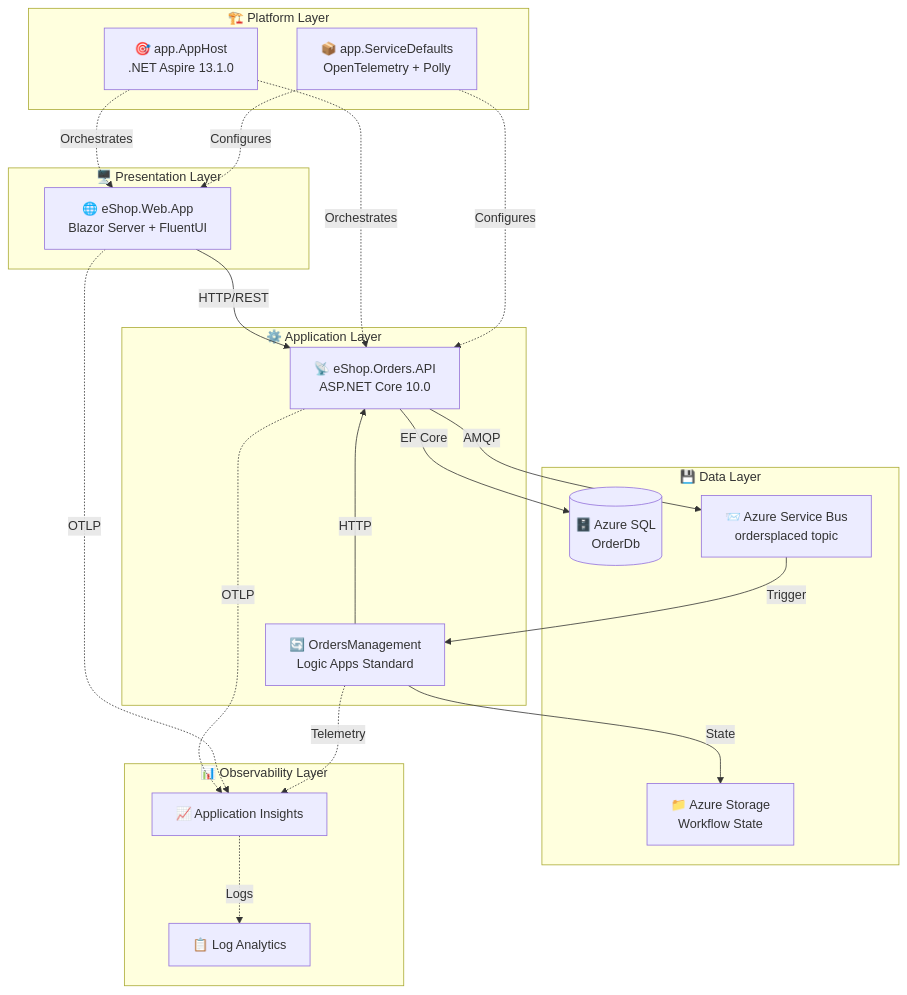
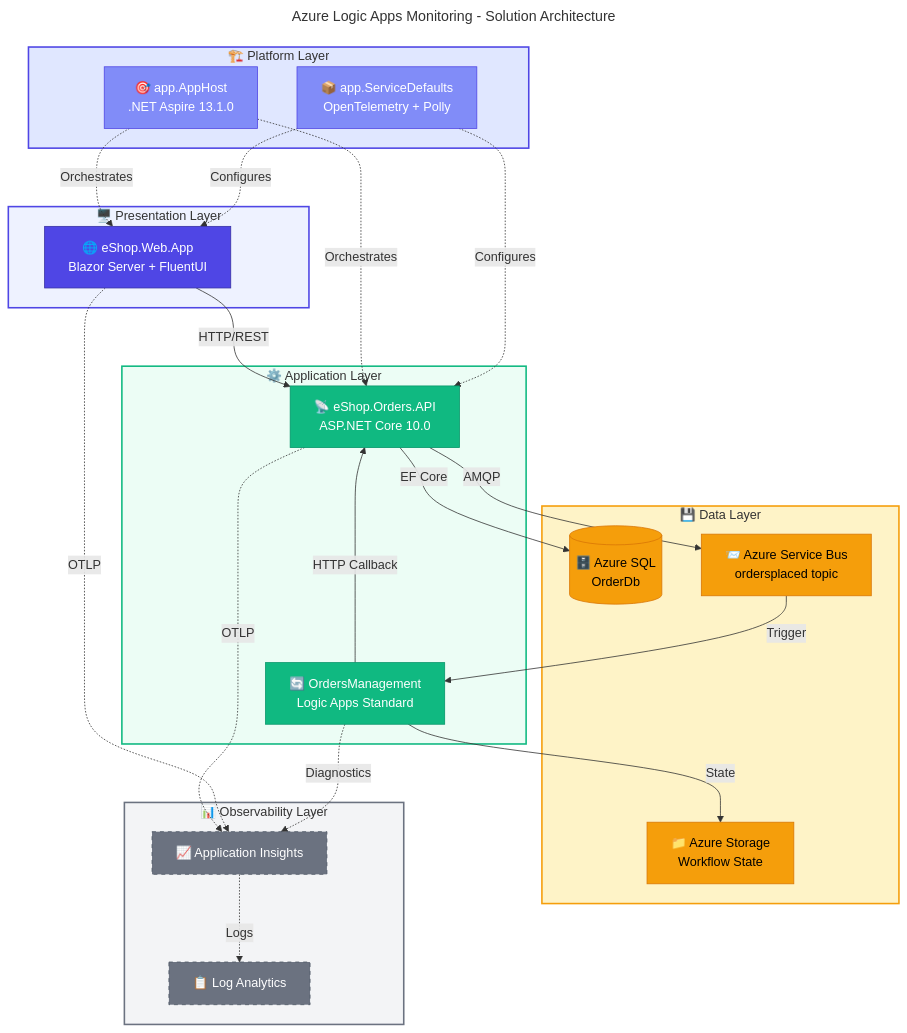
One commit to Evilazaro/Azure-LogicApps-Monitoring changed the diagram in README.MD. Above: the diagram before and after it, drawn with Mermaid.

Commit message:
docs: Enhance architecture diagram with detailed layer definitions and connections

````diff
--- a/README.MD
+++ b/README.MD
@@ -48,44 +48,74 @@
 ```mermaid
+---
+title: Azure Logic Apps Monitoring - Solution Architecture
+---
 flowchart TD
+    %% ===== STYLE DEFINITIONS =====
+    classDef primary fill:#4F46E5,stroke:#3730A3,color:#FFFFFF
+    classDef secondary fill:#10B981,stroke:#059669,color:#FFFFFF
+    classDef datastore fill:#F59E0B,stroke:#D97706,color:#000000
+    classDef external fill:#6B7280,stroke:#4B5563,color:#FFFFFF,stroke-dasharray: 5 5
+    classDef trigger fill:#818CF8,stroke:#4F46E5,color:#FFFFFF
+
+    %% ===== PRESENTATION LAYER =====
     subgraph Presentation["🖥️ Presentation Layer"]
         WebApp["🌐 eShop.Web.App<br/>Blazor Server + FluentUI"]
     end
+    style Presentation fill:#EEF2FF,stroke:#4F46E5,stroke-width:2px
 
+    %% ===== APPLICATION LAYER =====
     subgraph Application["⚙️ Application Layer"]
         API["📡 eShop.Orders.API<br/>ASP.NET Core 10.0"]
         LogicApp["🔄 OrdersManagement<br/>Logic Apps Standard"]
     end
+    style Application fill:#ECFDF5,stroke:#10B981,stroke-width:2px
 
+    %% ===== PLATFORM LAYER =====
     subgraph Platform["🏗️ Platform Layer"]
         Aspire["🎯 app.AppHost<br/>.NET Aspire 13.1.0"]
         Defaults["📦 app.ServiceDefaults<br/>OpenTelemetry + Polly"]
     end
+    style Platform fill:#E0E7FF,stroke:#4F46E5,stroke-width:2px
 
+    %% ===== DATA LAYER =====
     subgraph Data["💾 Data Layer"]
         SQL[("🗄️ Azure SQL<br/>OrderDb")]
         SB["📨 Azure Service Bus<br/>ordersplaced topic"]
         Storage["📁 Azure Storage<br/>Workflow State"]
     end
+    style Data fill:#FEF3C7,stroke:#F59E0B,stroke-width:2px
 
+    %% ===== OBSERVABILITY LAYER =====
     subgraph Observability["📊 Observability Layer"]
         AI["📈 Application Insights"]
         LAW["📋 Log Analytics"]
     end
+    style Observability fill:#F3F4F6,stroke:#6B7280,stroke-width:2px
 
+    %% ===== CONNECTIONS - Primary Data Flow =====
     WebApp -->|"HTTP/REST"| API
     API -->|"EF Core"| SQL
     API -->|"AMQP"| SB
     SB -->|"Trigger"| LogicApp
-    LogicApp -->|"HTTP"| API
+    LogicApp -->|"HTTP Callback"| API
     LogicApp -->|"State"| Storage
 
+    %% ===== CONNECTIONS - Platform Orchestration =====
     Aspire -.->|"Orchestrates"| WebApp
     Aspire -.->|"Orchestrates"| API
     Defaults -.->|"Configures"| WebApp
     Defaults -.->|"Configures"| API
 
+    %% ===== CONNECTIONS - Telemetry =====
     API -.->|"OTLP"| AI
     WebApp -.->|"OTLP"| AI
-    LogicApp -.->|"Telemetry"| AI
+    LogicApp -.->|"Diagnostics"| AI
     AI -.->|"Logs"| LAW
+
+    %% ===== CLASS ASSIGNMENTS =====
+    class WebApp primary
+    class API,LogicApp secondary
+    class Aspire,Defaults trigger
+    class SQL,SB,Storage datastore
+    class AI,LAW external
 ```
````
